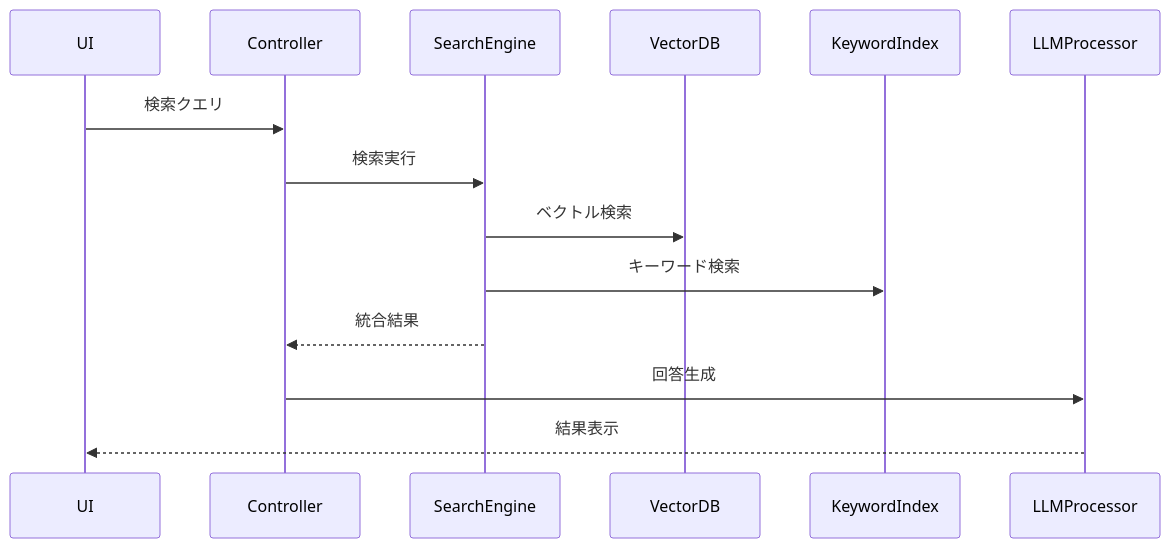
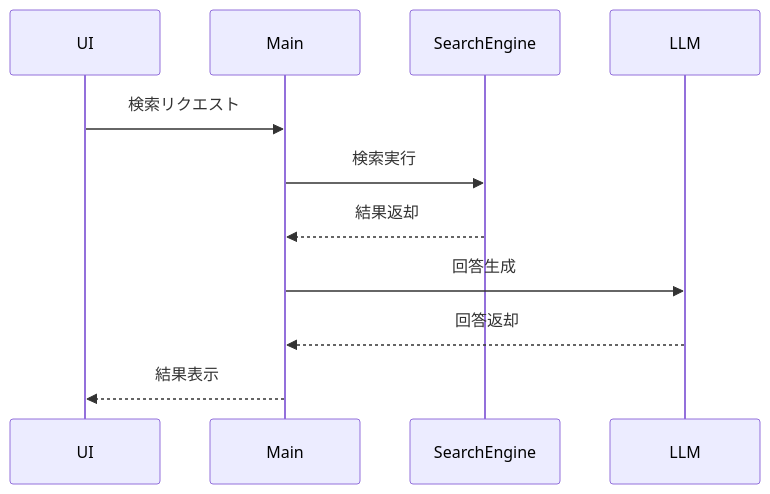
The fourth of 4 diagrams in memory-bank/systemPatterns.md (tkosht/cursor_dev), drawn with Mermaid before and after one commit. The commit also changed other lines of this file and 4 other files, not shown here.

````diff
--- a/memory-bank/systemPatterns.md
+++ b/memory-bank/systemPatterns.md
@@ -117,10 +149,9 @@
-   ```mermaid
-   sequenceDiagram
-       UI->>Controller: 検索クエリ
-       Controller->>SearchEngine: 検索実行
-       SearchEngine->>VectorDB: ベクトル検索
-       SearchEngine->>KeywordIndex: キーワード検索
-       SearchEngine-->>Controller: 統合結果
-       Controller->>LLMProcessor: 回答生成
-       LLMProcessor-->>UI: 結果表示
-   ``` 
+```mermaid
+sequenceDiagram
+    UI->>Main: 検索リクエスト
+    Main->>SearchEngine: 検索実行
+    SearchEngine-->>Main: 結果返却
+    Main->>LLM: 回答生成
+    LLM-->>Main: 回答返却
+    Main-->>UI: 結果表示
+```
````
